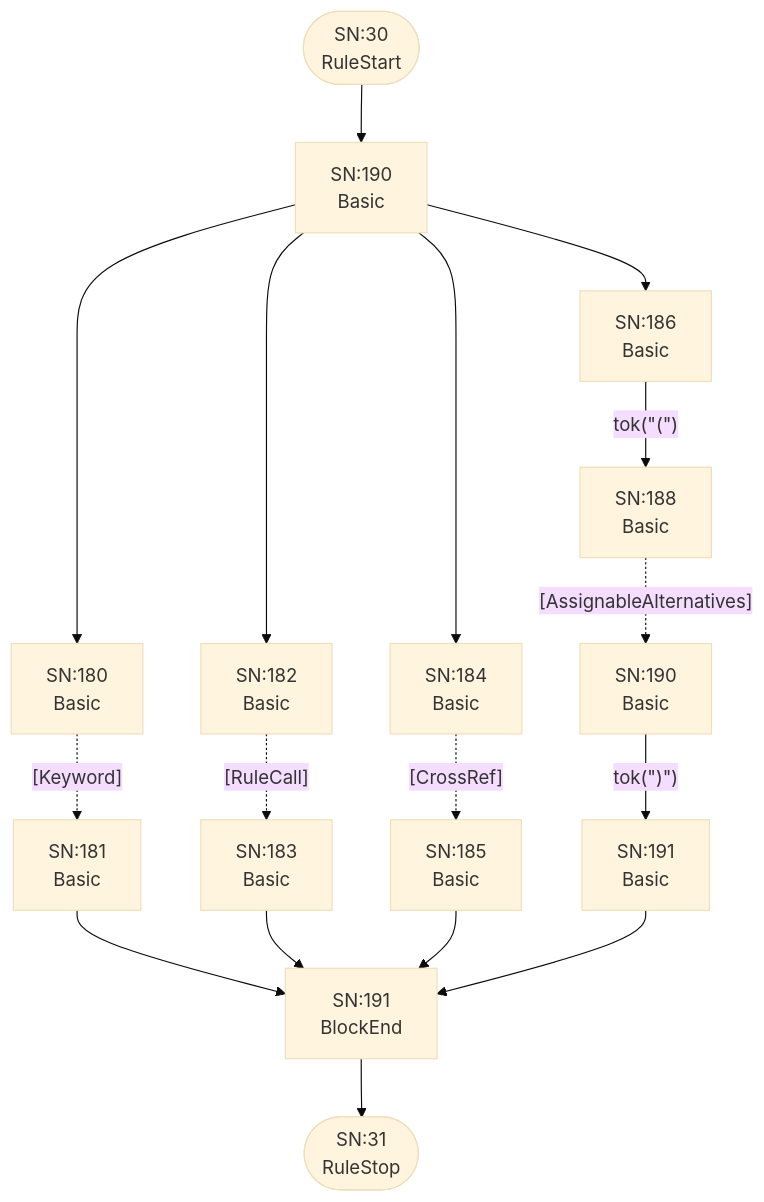
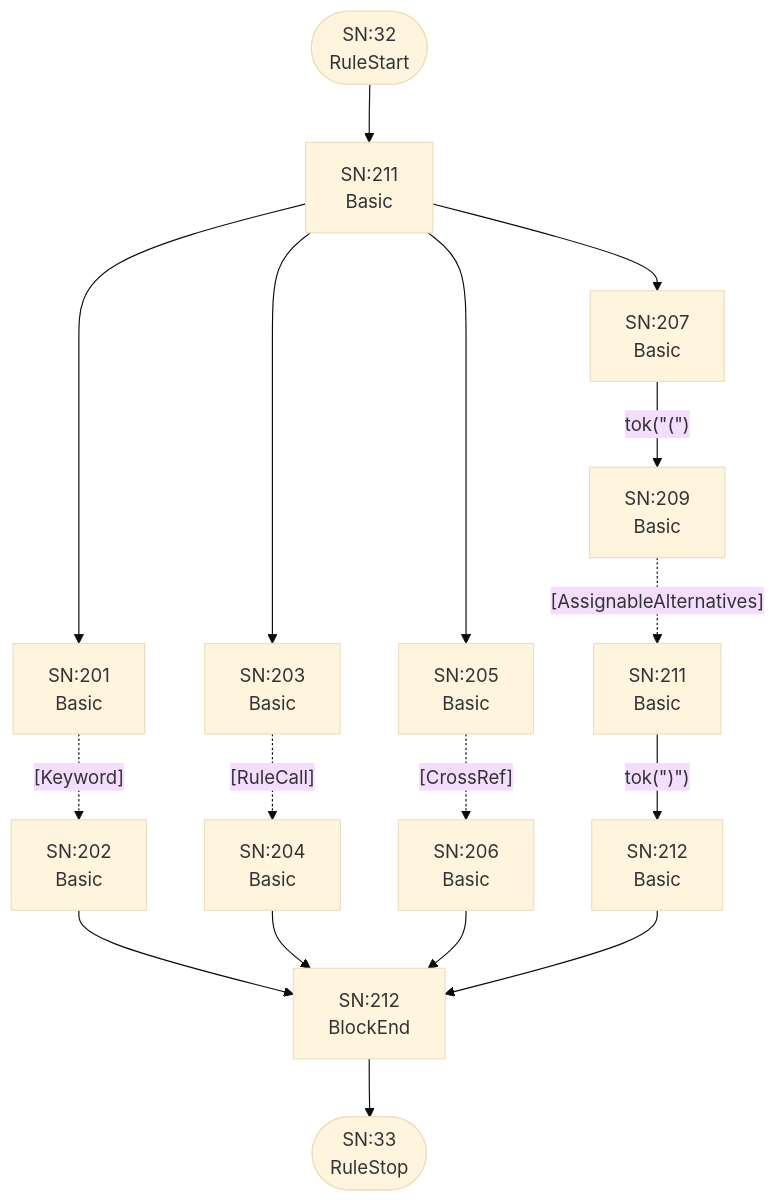
Diagram 17 of 26 in internal/grammar/atn.md (TypeFox/fastbelt), drawn with Mermaid (base theme) before and after one commit. The commit also changed other lines of this file and 22 other files, not shown here.

````diff
--- a/internal/grammar/atn.md
+++ b/internal/grammar/atn.md
@@ -443,34 +495,34 @@
 ```mermaid
 flowchart TD
-    q30(["SN:30<br/>RuleStart"])
-    q31(["SN:31<br/>RuleStop"])
-    q180["SN:180<br/>Basic<br/>"]
-    q181["SN:181<br/>Basic<br/>"]
-    q182["SN:182<br/>Basic<br/>"]
-    q183["SN:183<br/>Basic<br/>"]
-    q184["SN:184<br/>Basic<br/>"]
-    q185["SN:185<br/>Basic<br/>"]
-    q186["SN:186<br/>Basic<br/>"]
-    q187["SN:188<br/>Basic<br/>"]
-    q188["SN:190<br/>Basic<br/>"]
-    q189["SN:191<br/>Basic<br/>"]
-    q190["SN:190<br/>Basic<br/>"]
-    q191["SN:191<br/>BlockEnd<br/>"]
+    q32(["SN:32<br/>RuleStart"])
+    q33(["SN:33<br/>RuleStop"])
+    q201["SN:201<br/>Basic<br/>"]
+    q202["SN:202<br/>Basic<br/>"]
+    q203["SN:203<br/>Basic<br/>"]
+    q204["SN:204<br/>Basic<br/>"]
+    q205["SN:205<br/>Basic<br/>"]
+    q206["SN:206<br/>Basic<br/>"]
+    q207["SN:207<br/>Basic<br/>"]
+    q208["SN:209<br/>Basic<br/>"]
+    q209["SN:211<br/>Basic<br/>"]
+    q210["SN:212<br/>Basic<br/>"]
+    q211["SN:211<br/>Basic<br/>"]
+    q212["SN:212<br/>BlockEnd<br/>"]
 
-    q30 --> q190
-    q180 -.->|"[Keyword]"| q181
-    q181 --> q191
-    q182 -.->|"[RuleCall]"| q183
-    q183 --> q191
-    q184 -.->|"[CrossRef]"| q185
-    q185 --> q191
-    q186 -->|"tok(&quot;(&quot;)"| q187
-    q187 -.->|"[AssignableAlternatives]"| q188
-    q188 -->|"tok(&quot;)&quot;)"| q189
-    q189 --> q191
-    q190 --> q180
-    q190 --> q182
-    q190 --> q184
-    q190 --> q186
-    q191 --> q31
+    q32 --> q211
+    q201 -.->|"[Keyword]"| q202
+    q202 --> q212
+    q203 -.->|"[RuleCall]"| q204
+    q204 --> q212
+    q205 -.->|"[CrossRef]"| q206
+    q206 --> q212
+    q207 -->|"tok(&quot;(&quot;)"| q208
+    q208 -.->|"[AssignableAlternatives]"| q209
+    q209 -->|"tok(&quot;)&quot;)"| q210
+    q210 --> q212
+    q211 --> q201
+    q211 --> q203
+    q211 --> q205
+    q211 --> q207
+    q212 --> q33
 ```
````
